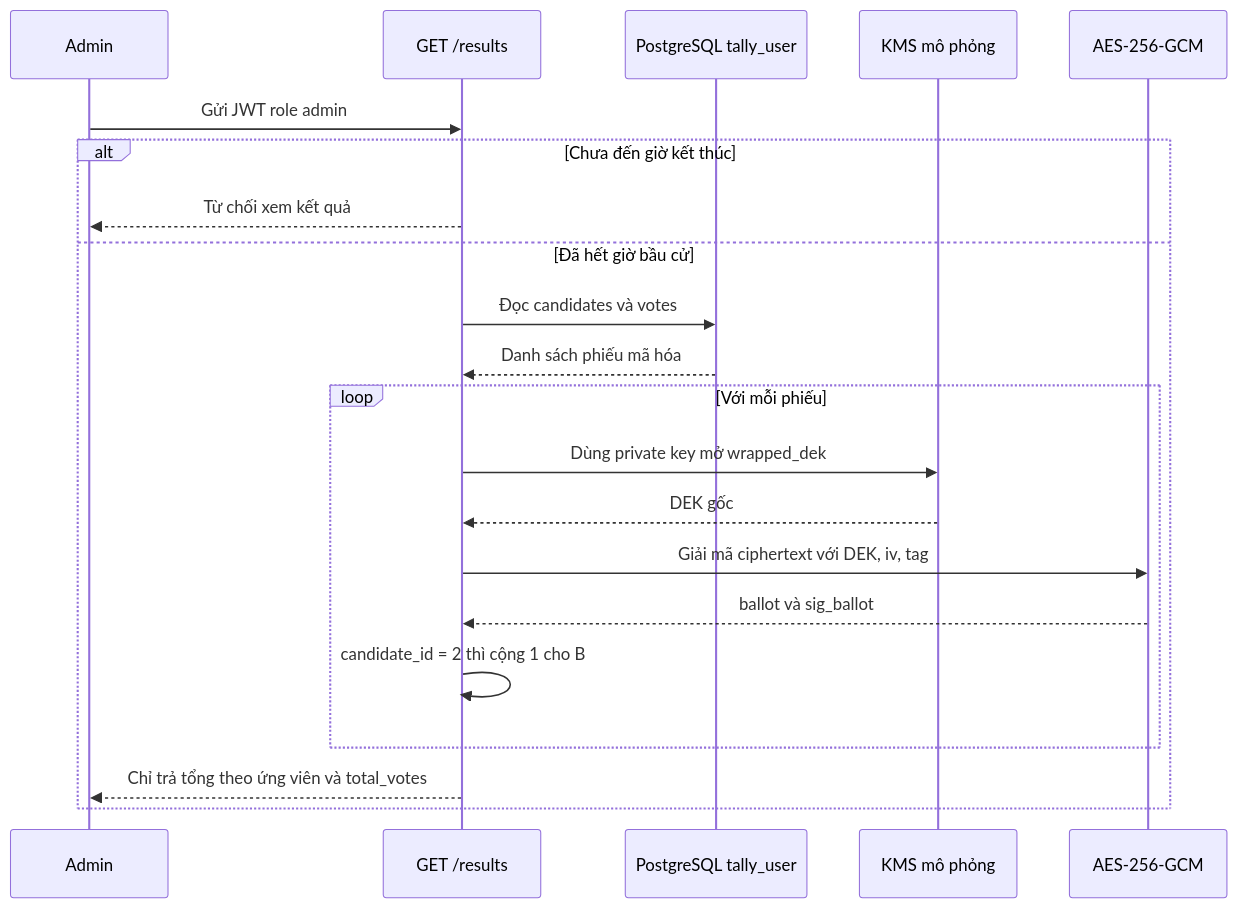
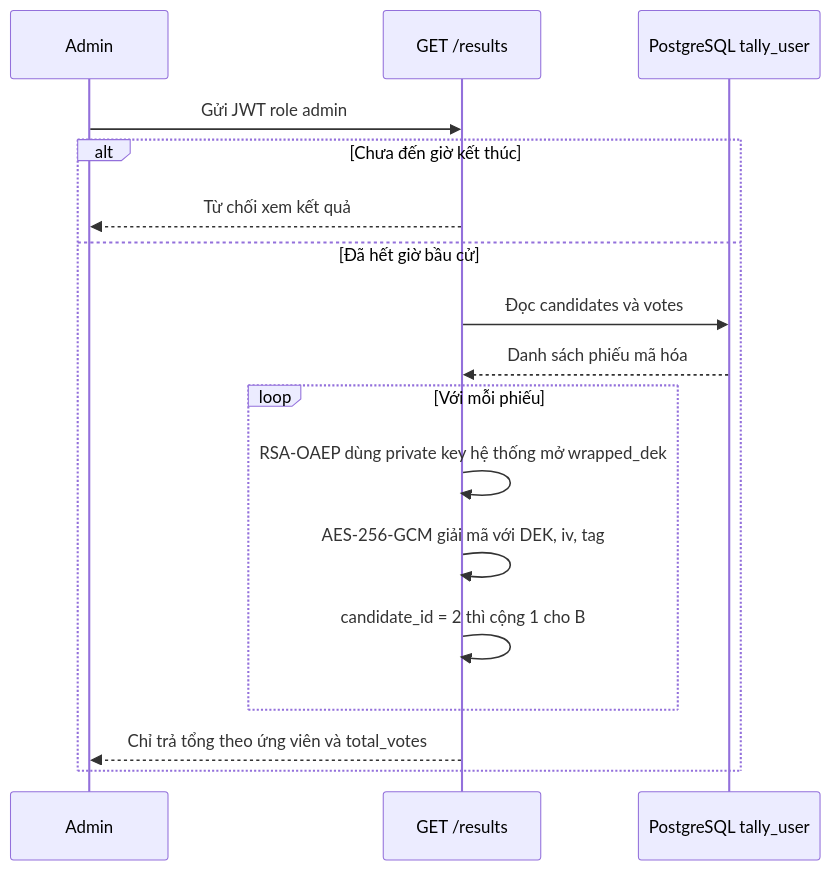
Before and after one commit to lam-vu6868/lab3_evoting: the fifth of 5 diagrams in docs/BCao.md, drawn with Mermaid. The commit also changed other lines of this file, not shown here.

````diff
--- a/docs/BCao.md
+++ b/docs/BCao.md
@@ -293,23 +178,19 @@
 ```mermaid
 sequenceDiagram
     participant AD as Admin
     participant API as GET /results
     participant DB as PostgreSQL tally_user
-    participant KMS as KMS mô phỏng
-    participant CR as AES-256-GCM
     AD->>API: Gửi JWT role admin
     alt Chưa đến giờ kết thúc
         API-->>AD: Từ chối xem kết quả
     else Đã hết giờ bầu cử
         API->>DB: Đọc candidates và votes
         DB-->>API: Danh sách phiếu mã hóa
         loop Với mỗi phiếu
-            API->>KMS: Dùng private key mở wrapped_dek
-            KMS-->>API: DEK gốc
-            API->>CR: Giải mã ciphertext với DEK, iv, tag
-            CR-->>API: ballot và sig_ballot
+            API->>API: RSA-OAEP dùng private key hệ thống mở wrapped_dek
+            API->>API: AES-256-GCM giải mã với DEK, iv, tag
             API->>API: candidate_id = 2 thì cộng 1 cho B
         end
         API-->>AD: Chỉ trả tổng theo ứng viên và total_votes
     end
 ```
````
